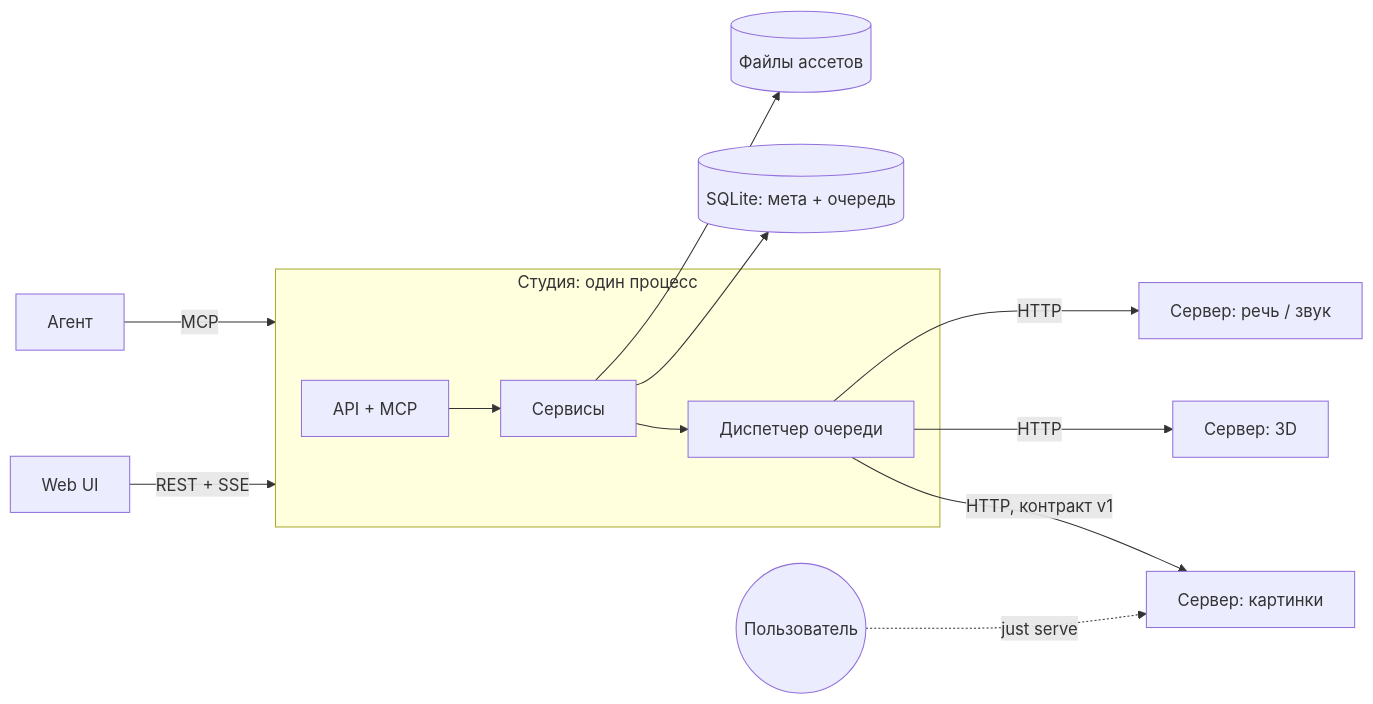
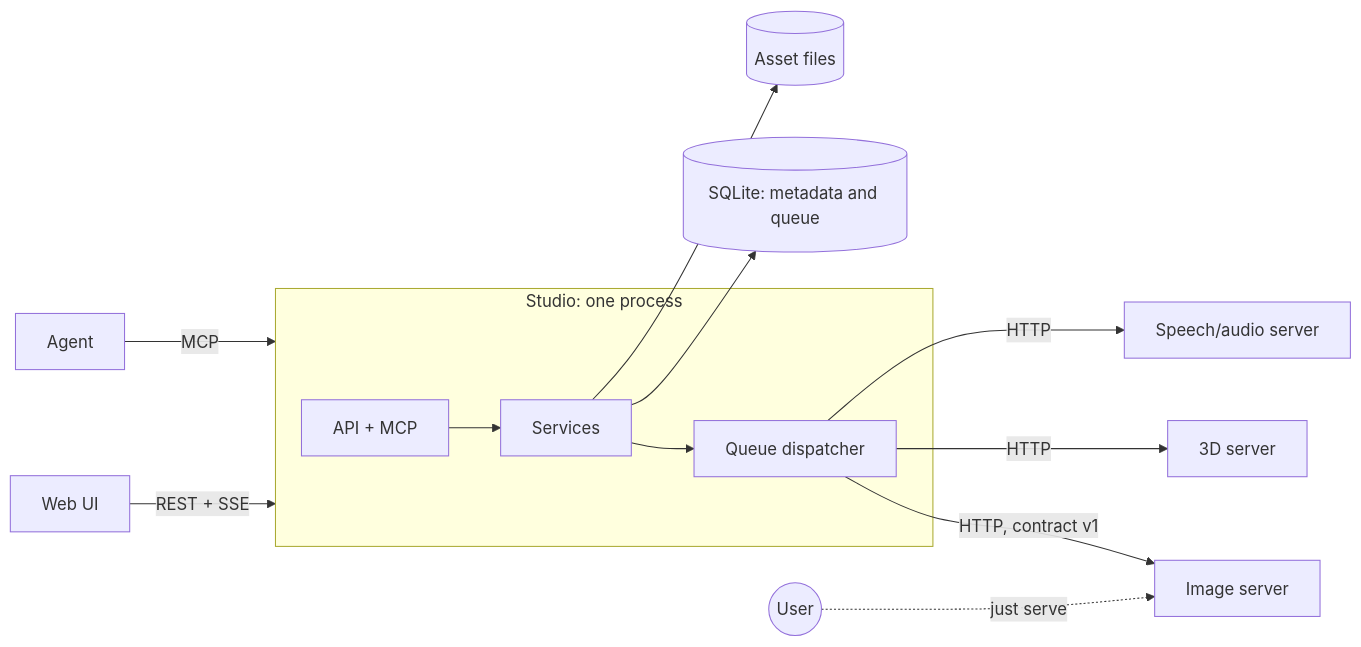
One commit to kvladsrc/gym changed the first of 2 diagrams in assets_studio/PLAN.md. Above: the diagram before and after it, drawn with Mermaid. The commit also changed other lines of this file and 60 other files, not shown here.

````diff
--- a/assets_studio/PLAN.md
+++ b/assets_studio/PLAN.md
@@ -60,15 +56,15 @@
 ```mermaid
 flowchart LR
   UI[Web UI] -->|REST + SSE| S
-  Agent[Агент] -->|MCP| S
-  subgraph S[Студия: один процесс]
-    API[API + MCP] --> SVC[Сервисы]
-    SVC --> D[Диспетчер очереди]
+  Agent[Agent] -->|MCP| S
+  subgraph S[Studio: one process]
+    API[API + MCP] --> SVC[Services]
+    SVC --> D[Queue dispatcher]
   end
-  SVC --> DB[(SQLite: мета + очередь)]
-  SVC --> BLOB[(Файлы ассетов)]
-  D -->|HTTP, контракт v1| M1[Сервер: картинки]
-  D -->|HTTP| M2[Сервер: 3D]
-  D -->|HTTP| M3[Сервер: речь / звук]
-  U((Пользователь)) -. just serve .-> M1
+  SVC --> DB[(SQLite: metadata and queue)]
+  SVC --> BLOB[(Asset files)]
+  D -->|HTTP, contract v1| M1[Image server]
+  D -->|HTTP| M2[3D server]
+  D -->|HTTP| M3[Speech/audio server]
+  U((User)) -. just serve .-> M1
 ```
````
